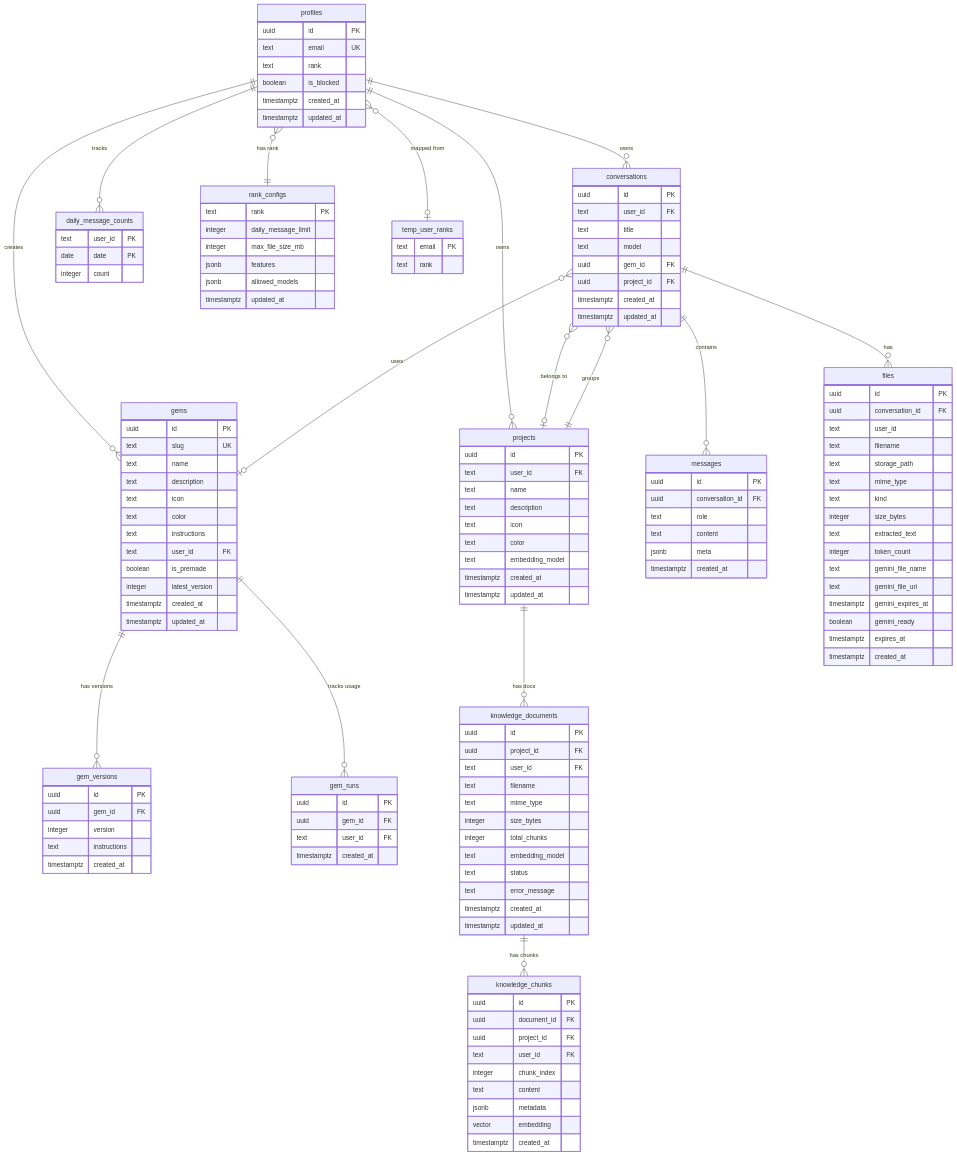
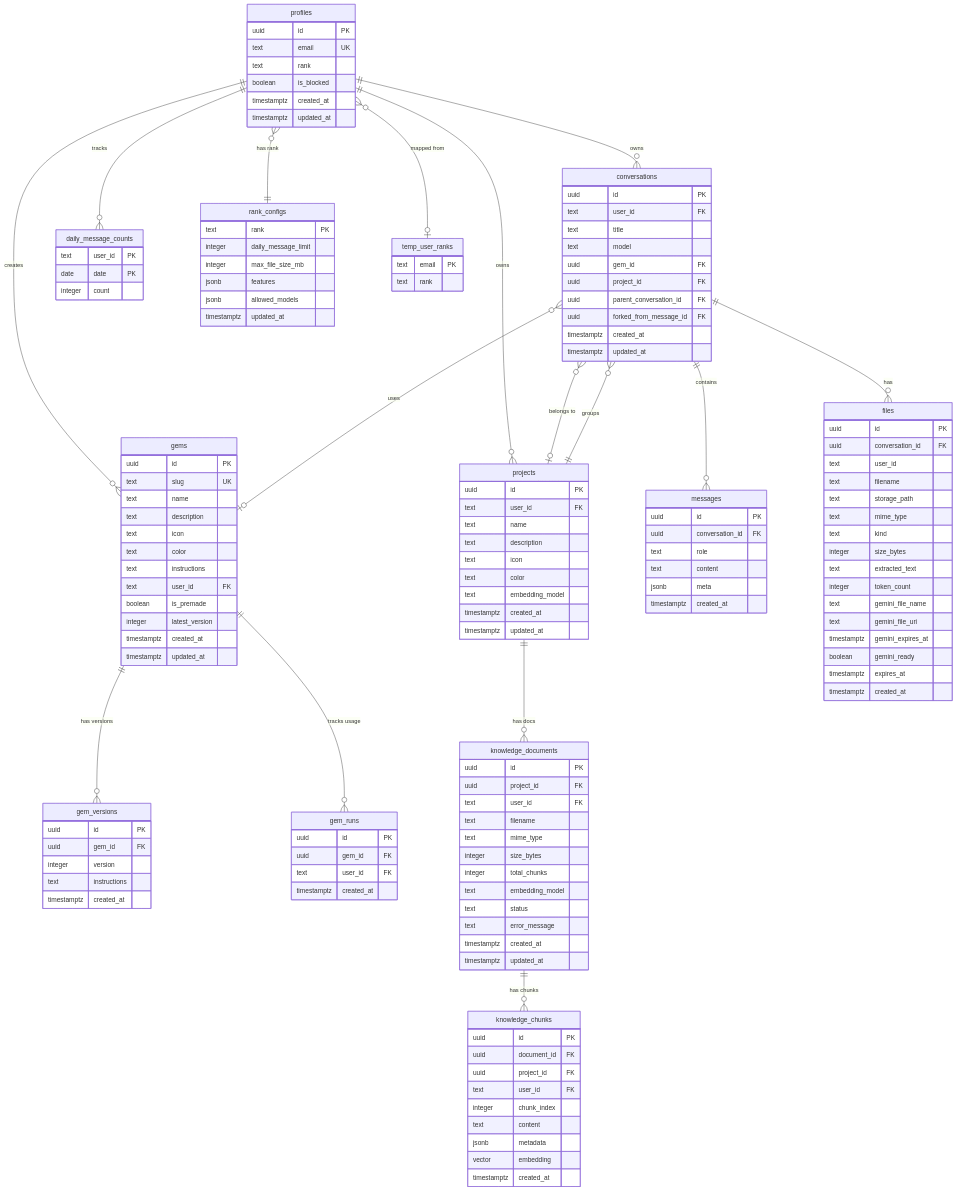
Before and after one commit to wyemhu12/vikini: the diagram in docs/database-schema.md, drawn with Mermaid. The commit also changed other lines of this file and 20 other files, not shown here.

```diff
--- a/docs/database-schema.md
+++ b/docs/database-schema.md
@@ -51,6 +51,8 @@
         text model
         uuid gem_id FK
         uuid project_id FK
+        uuid parent_conversation_id FK
+        uuid forked_from_message_id FK
         timestamptz created_at
         timestamptz updated_at
     }
```
